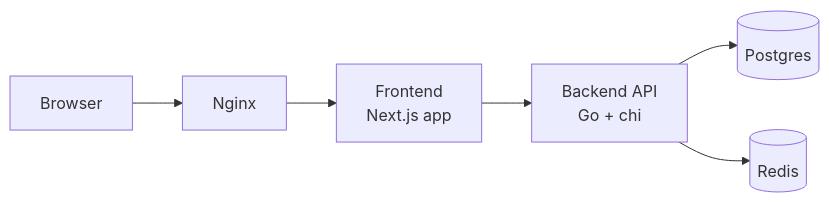
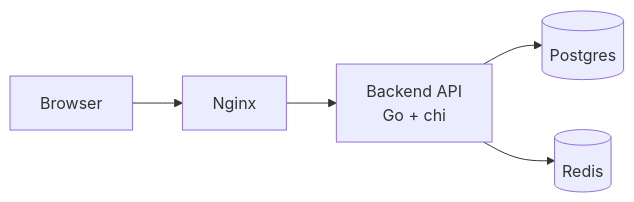
One commit to kntjspr/fullstack-golang-next-template changed the diagram in docs/ARCHITECTURE.md. Above: the diagram before and after it, drawn with Mermaid. The commit also changed other lines of this file, not shown here.

Commit message:
docs: remove frontend architecture references

````diff
--- a/docs/ARCHITECTURE.md
+++ b/docs/ARCHITECTURE.md
@@ -12,8 +12,7 @@
 ```mermaid
 flowchart LR
     A[Browser] --> B[Nginx]
-    B --> C[Frontend\nNext.js app]
-    C --> D[Backend API\nGo + chi]
+    B --> D[Backend API\nGo + chi]
     D --> E[(Postgres)]
     D --> F[(Redis)]
 ```
````
